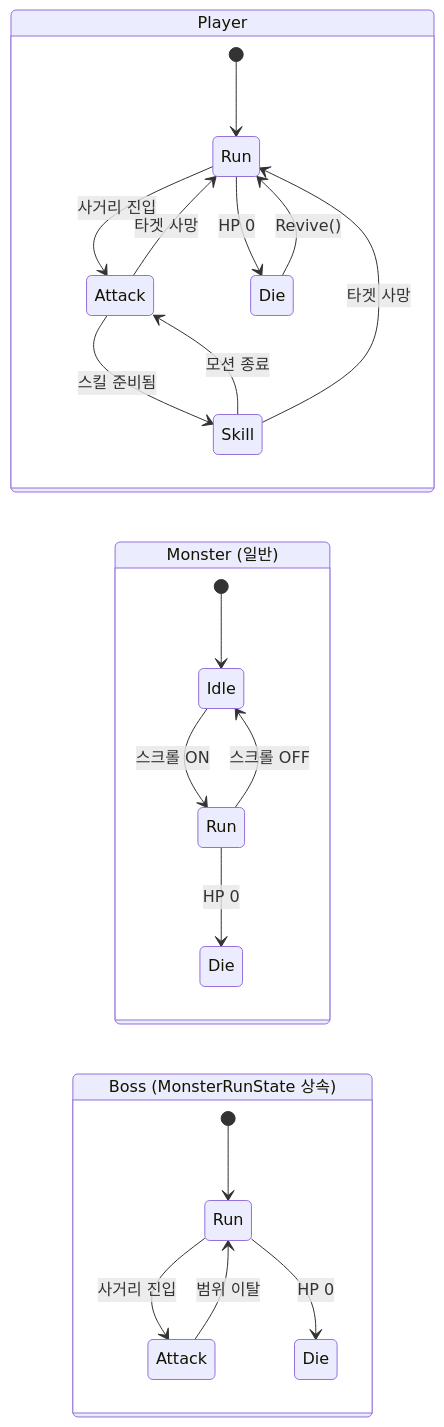
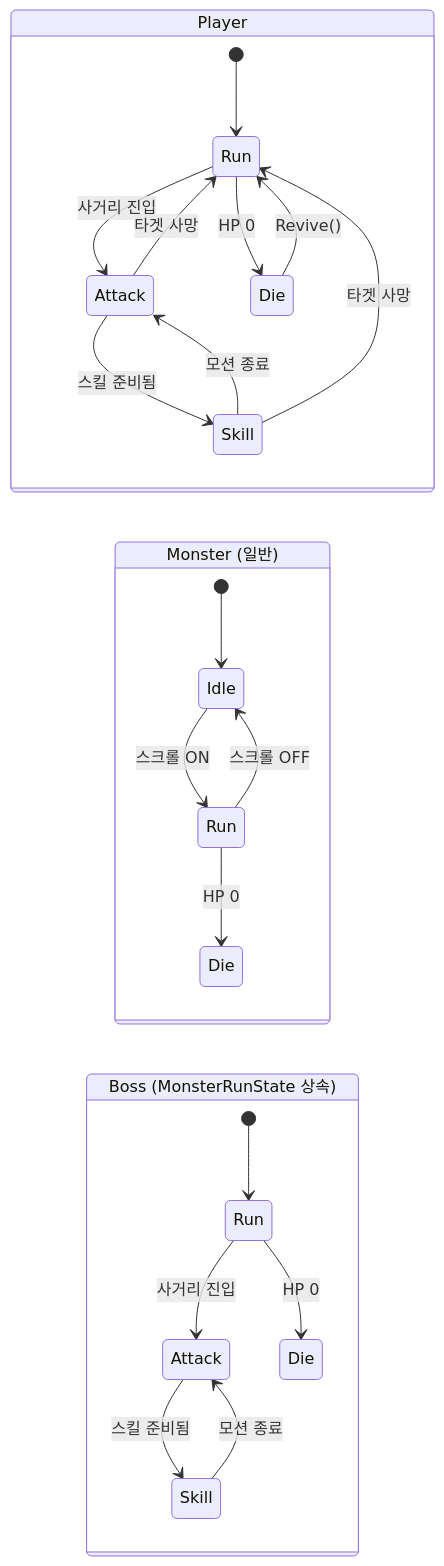
One commit to answk427/IdleGameProtoType changed the first of 4 diagrams in README.md. Above: the diagram before and after it, drawn with Mermaid. The commit also changed other lines of this file, not shown here.

First line of the commit message:
docs: 트러블슈팅 섹션 추가 + 저장 시스템 다이어그램화 + 보스 FSM 오류 수정

````diff
--- a/README.md
+++ b/README.md
@@ -79,39 +80,41 @@
 ```mermaid
 stateDiagram-v2
     direction LR
 
     state "Player" as PlayerFSM {
         P_Run : Run
         P_Atk : Attack
         P_Skill : Skill
         P_Die : Die
         [*] --> P_Run
         P_Run --> P_Atk : 사거리 진입
         P_Atk --> P_Skill : 스킬 준비됨
         P_Skill --> P_Atk : 모션 종료
         P_Atk --> P_Run : 타겟 사망
         P_Skill --> P_Run : 타겟 사망
         P_Run --> P_Die : HP 0
         P_Die --> P_Run : Revive()
     }
 
     state "Monster (일반)" as MonsterFSM {
         M_Idle : Idle
         M_Run : Run
         M_Die : Die
         [*] --> M_Idle
         M_Idle --> M_Run : 스크롤 ON
         M_Run --> M_Idle : 스크롤 OFF
         M_Run --> M_Die : HP 0
     }
 
     state "Boss (MonsterRunState 상속)" as BossFSM {
         B_Run : Run
         B_Atk : Attack
+        B_Skill : Skill
         B_Die : Die
         [*] --> B_Run
         B_Run --> B_Atk : 사거리 진입
-        B_Atk --> B_Run : 범위 이탈
+        B_Atk --> B_Skill : 스킬 준비됨
+        B_Skill --> B_Atk : 모션 종료
         B_Run --> B_Die : HP 0
     }
 ```
````
